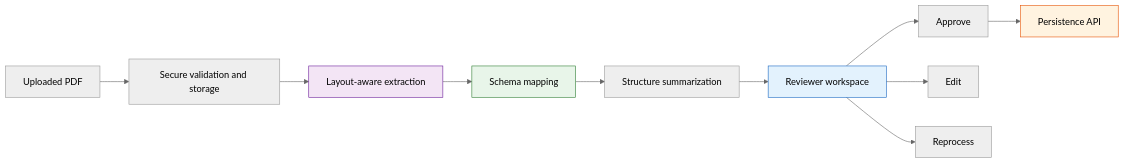
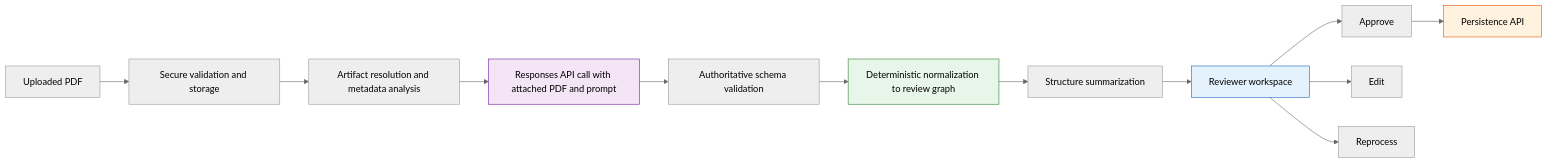
The second of 2 diagrams in docs/artifacts/adr/ADR-1.md (ranjivs64/QualsDemo), drawn with Mermaid (neutral theme) before and after one commit. The commit also changed other lines of this file and 14 other files, not shown here.

````diff
--- a/docs/artifacts/adr/ADR-1.md
+++ b/docs/artifacts/adr/ADR-1.md
@@ -324,17 +327,19 @@
 ```mermaid
 graph LR
  A[Uploaded PDF] --> B[Secure validation and storage]
- B --> C[Layout-aware extraction]
- C --> D[Schema mapping]
- D --> E[Structure summarization]
- E --> F[Reviewer workspace]
- F --> G[Approve]
- F --> H[Edit]
- F --> I[Reprocess]
- G --> J[Persistence API]
+ B --> C[Artifact resolution and metadata analysis]
+ C --> D[Responses API call with attached PDF and prompt]
+ D --> E[Authoritative schema validation]
+ E --> F[Deterministic normalization to review graph]
+ F --> G[Structure summarization]
+ G --> H[Reviewer workspace]
+ H --> I[Approve]
+ H --> J[Edit]
+ H --> K[Reprocess]
+ I --> L[Persistence API]
 
- style C fill:#F3E5F5,stroke:#6A1B9A
- style D fill:#E8F5E9,stroke:#2E7D32
- style F fill:#E3F2FD,stroke:#1565C0
- style J fill:#FFF3E0,stroke:#E65100
+ style D fill:#F3E5F5,stroke:#6A1B9A
+ style F fill:#E8F5E9,stroke:#2E7D32
+ style H fill:#E3F2FD,stroke:#1565C0
+ style L fill:#FFF3E0,stroke:#E65100
 ```
````
